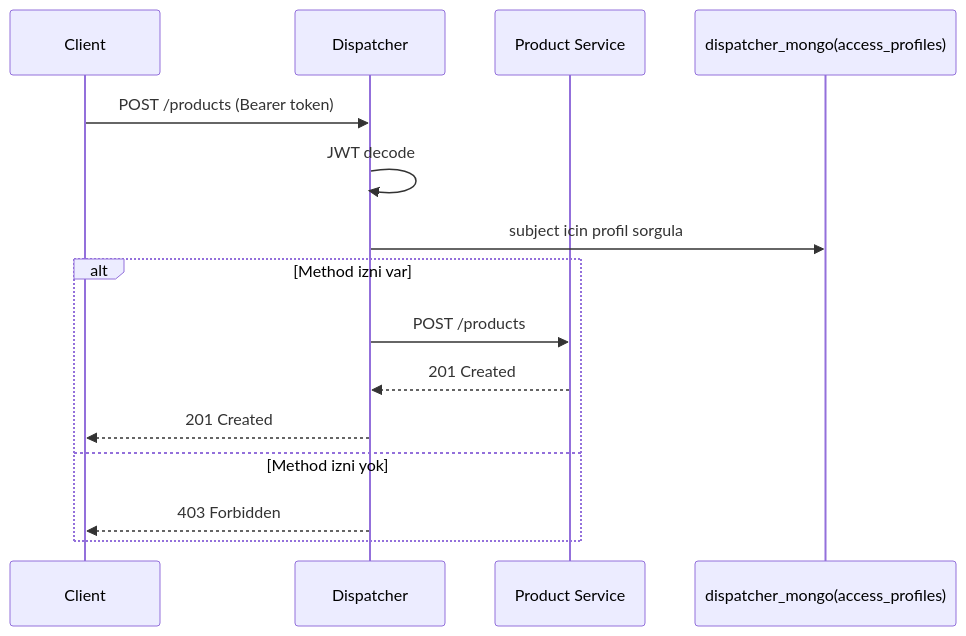
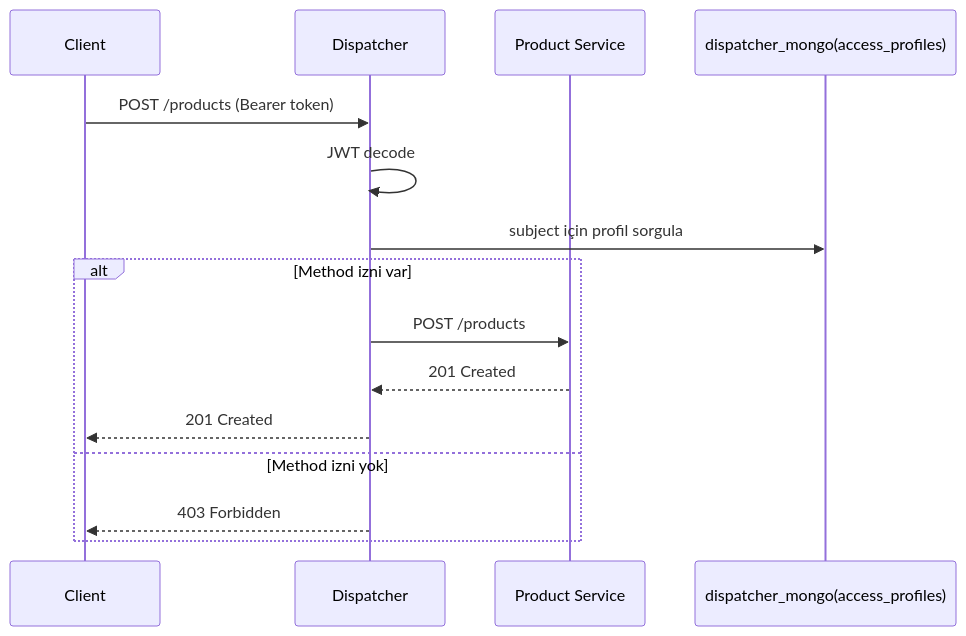
The fourth of 4 diagrams in Readme.md (ranakaragol/product-order-microservices), drawn with Mermaid before and after one commit. The commit also changed other lines of this file and 1 other file, not shown here.

````diff
--- a/Readme.md
+++ b/Readme.md
@@ -403,18 +422,18 @@
 ```mermaid
 sequenceDiagram
   participant C as Client
   participant D as Dispatcher
   participant P as Product Service
   participant DB as dispatcher_mongo(access_profiles)
 
   C->>D: POST /products (Bearer token)
   D->>D: JWT decode
-  D->>DB: subject icin profil sorgula
+    D->>DB: subject için profil sorgula
   alt Method izni var
     D->>P: POST /products
     P-->>D: 201 Created
     D-->>C: 201 Created
   else Method izni yok
     D-->>C: 403 Forbidden
   end
 ```
````
